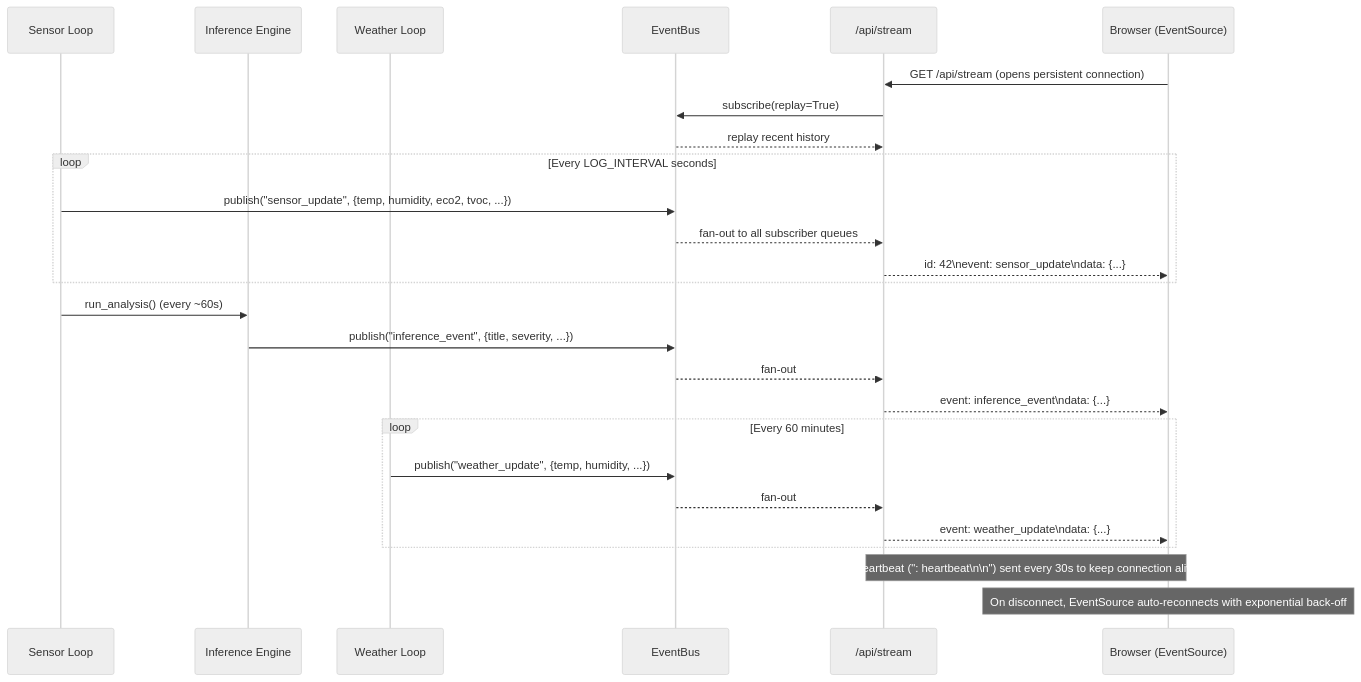
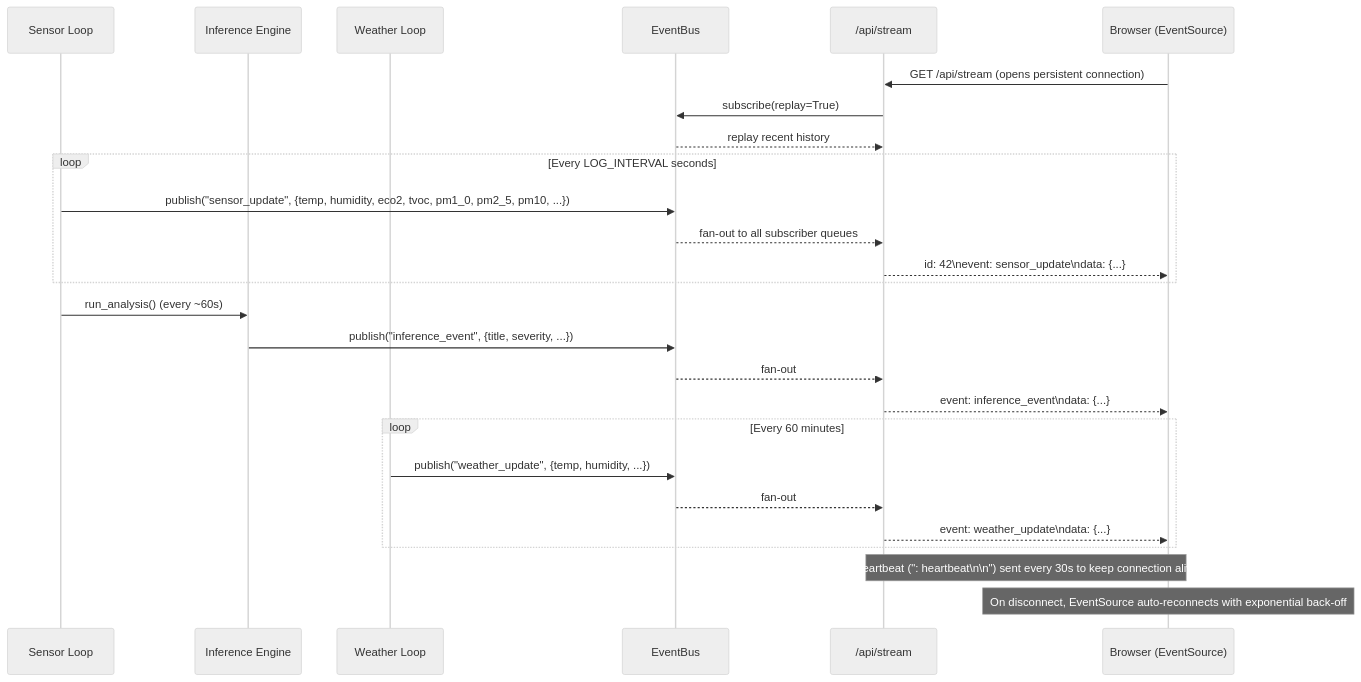
One commit to Ryan-be/mars-air-quility changed the second of 5 diagrams in readme.md. Above: the diagram before and after it, drawn with Mermaid (neutral theme). The commit also changed other lines of this file and 26 other files, not shown here.

````diff
--- a/readme.md
+++ b/readme.md
@@ -162,33 +179,33 @@
 ```mermaid
 sequenceDiagram
     participant Sensor as Sensor Loop
     participant Inference as Inference Engine
     participant Weather as Weather Loop
     participant Bus as EventBus
     participant SSE as /api/stream
     participant Browser as Browser (EventSource)
 
     Browser->>SSE: GET /api/stream (opens persistent connection)
     SSE->>Bus: subscribe(replay=True)
     Bus-->>SSE: replay recent history
 
     loop Every LOG_INTERVAL seconds
-        Sensor->>Bus: publish("sensor_update", {temp, humidity, eco2, tvoc, ...})
+        Sensor->>Bus: publish("sensor_update", {temp, humidity, eco2, tvoc, pm1_0, pm2_5, pm10, ...})
         Bus-->>SSE: fan-out to all subscriber queues
         SSE-->>Browser: id: 42\nevent: sensor_update\ndata: {...}
     end
 
     Sensor->>Inference: run_analysis() (every ~60s)
     Inference->>Bus: publish("inference_event", {title, severity, ...})
     Bus-->>SSE: fan-out
     SSE-->>Browser: event: inference_event\ndata: {...}
 
     loop Every 60 minutes
         Weather->>Bus: publish("weather_update", {temp, humidity, ...})
         Bus-->>SSE: fan-out
         SSE-->>Browser: event: weather_update\ndata: {...}
     end
 
     Note over SSE,Browser: Heartbeat (": heartbeat\n\n") sent every 30s to keep connection alive
     Note over Browser: On disconnect, EventSource auto-reconnects with exponential back-off
 ```
````
